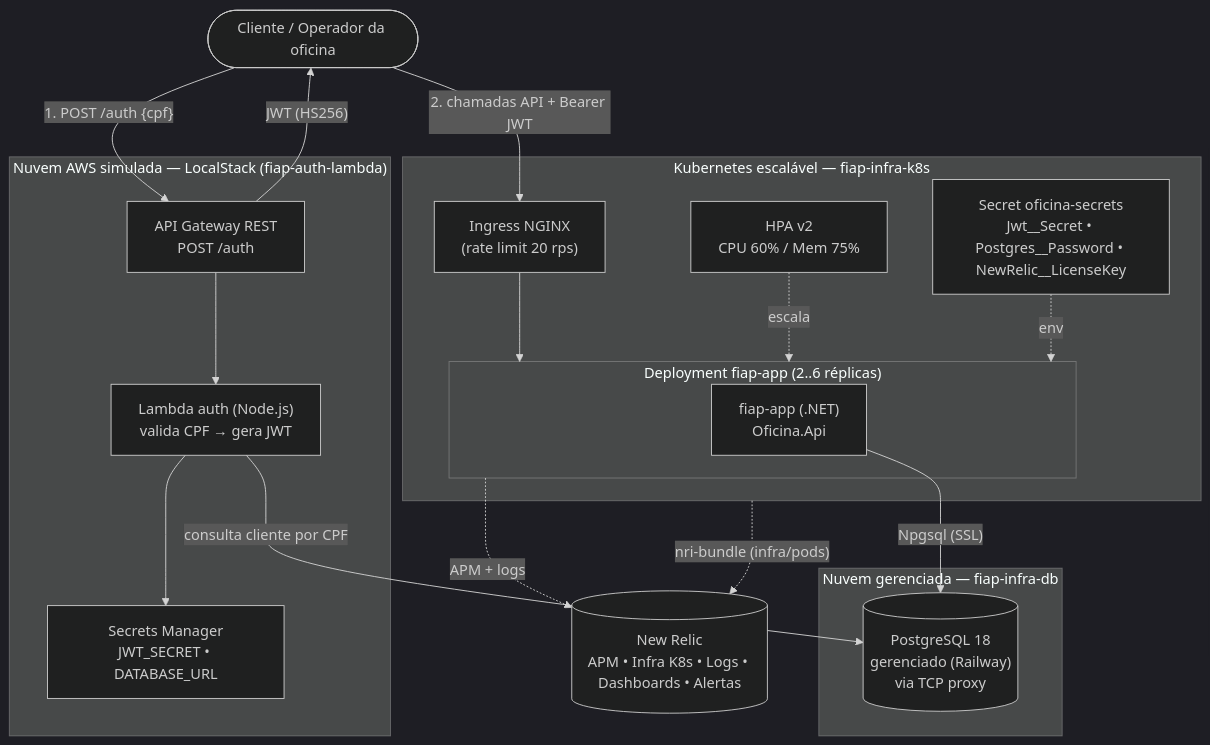
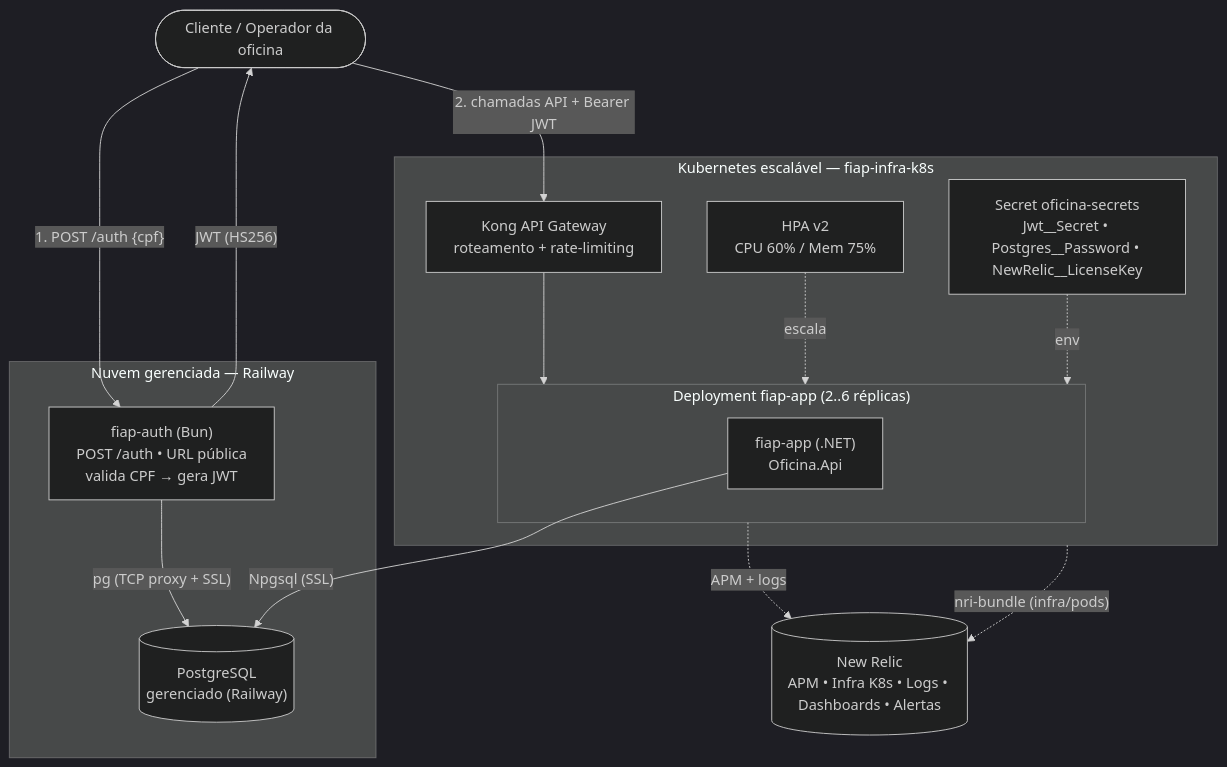
The first of 3 diagrams in docs/ARQUITETURA.md (MathboyL3/fiap-app), drawn with Mermaid (dark theme) before and after one commit. The commit also changed other lines of this file and 6 other files, not shown here.

First line of the commit message:
docs: arquitetura 100% nuvem real (Railway + Kong); remove LocalStack (#9)

````diff
--- a/docs/ARQUITETURA.md
+++ b/docs/ARQUITETURA.md
@@ -20,38 +23,39 @@
 ```mermaid
 flowchart TB
   Cliente([Cliente / Operador da oficina])
 
-  subgraph AWS["Nuvem AWS simulada — LocalStack (fiap-auth-lambda)"]
-    APIGW["API Gateway REST\nPOST /auth"]
-    LAMBDA["Lambda auth (Node.js)\nvalida CPF → gera JWT"]
-    SM["Secrets Manager\nJWT_SECRET • DATABASE_URL"]
-    APIGW --> LAMBDA
-    LAMBDA --> SM
+  subgraph RW["Nuvem gerenciada — Railway"]
+    AUTH["fiap-auth (Bun)
+POST /auth • URL pública
+valida CPF → gera JWT"]
+    PG[("PostgreSQL
+gerenciado (Railway)")]
+    AUTH -->|"pg (TCP proxy + SSL)"| PG
   end
 
   subgraph K8S["Kubernetes escalável — fiap-infra-k8s"]
-    ING["Ingress NGINX\n(rate limit 20 rps)"]
+    KONG["Kong API Gateway
+roteamento + rate-limiting"]
     subgraph DEP["Deployment fiap-app (2..6 réplicas)"]
-      APP1["fiap-app (.NET)\nOficina.Api"]
+      APP["fiap-app (.NET)
+Oficina.Api"]
     end
-    HPA["HPA v2\nCPU 60% / Mem 75%"]
-    SEC["Secret oficina-secrets\nJwt__Secret • Postgres__Password • NewRelic__LicenseKey"]
-    ING --> DEP
+    HPA["HPA v2
+CPU 60% / Mem 75%"]
+    SEC["Secret oficina-secrets
+Jwt__Secret • Postgres__Password • NewRelic__LicenseKey"]
+    KONG --> DEP
     HPA -. escala .-> DEP
     SEC -. env .-> DEP
   end
 
-  subgraph RAILWAY["Nuvem gerenciada — fiap-infra-db"]
-    PG[("PostgreSQL 18\ngerenciado (Railway)\nvia TCP proxy")]
-  end
+  NR[("New Relic
+APM • Infra K8s • Logs • Dashboards • Alertas")]
 
-  NR[("New Relic\nAPM • Infra K8s • Logs • Dashboards • Alertas")]
-
-  Cliente -->|"1. POST /auth {cpf}"| APIGW
-  LAMBDA -->|"consulta cliente por CPF"| PG
-  APIGW -->|"JWT (HS256)"| Cliente
-  Cliente -->|"2. chamadas API + Bearer JWT"| ING
-  APP1 -->|"Npgsql (SSL)"| PG
+  Cliente -->|"1. POST /auth {cpf}"| AUTH
+  AUTH -->|"JWT (HS256)"| Cliente
+  Cliente -->|"2. chamadas API + Bearer JWT"| KONG
+  APP -->|"Npgsql (SSL)"| PG
   DEP -.->|"APM + logs"| NR
   K8S -.->|"nri-bundle (infra/pods)"| NR
 ```
````
